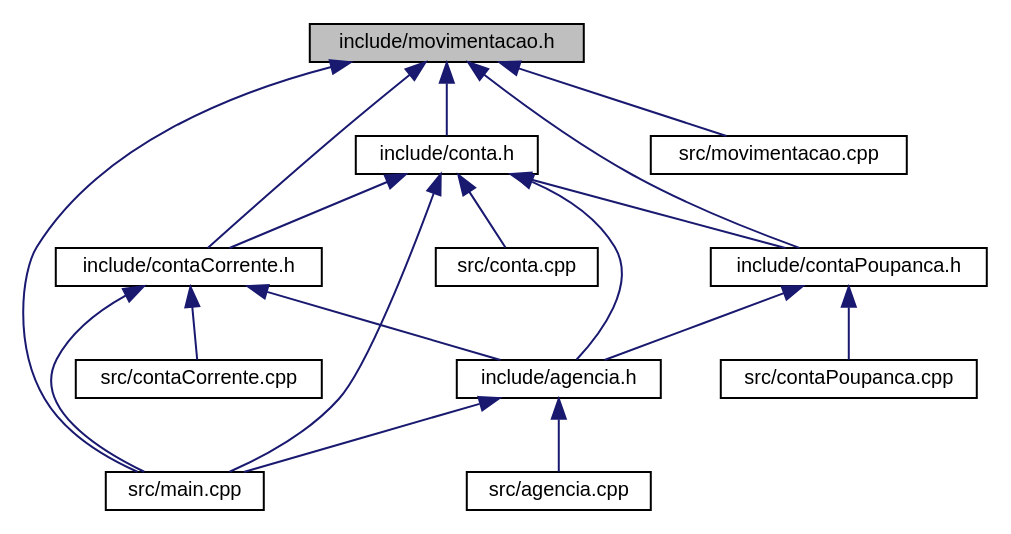
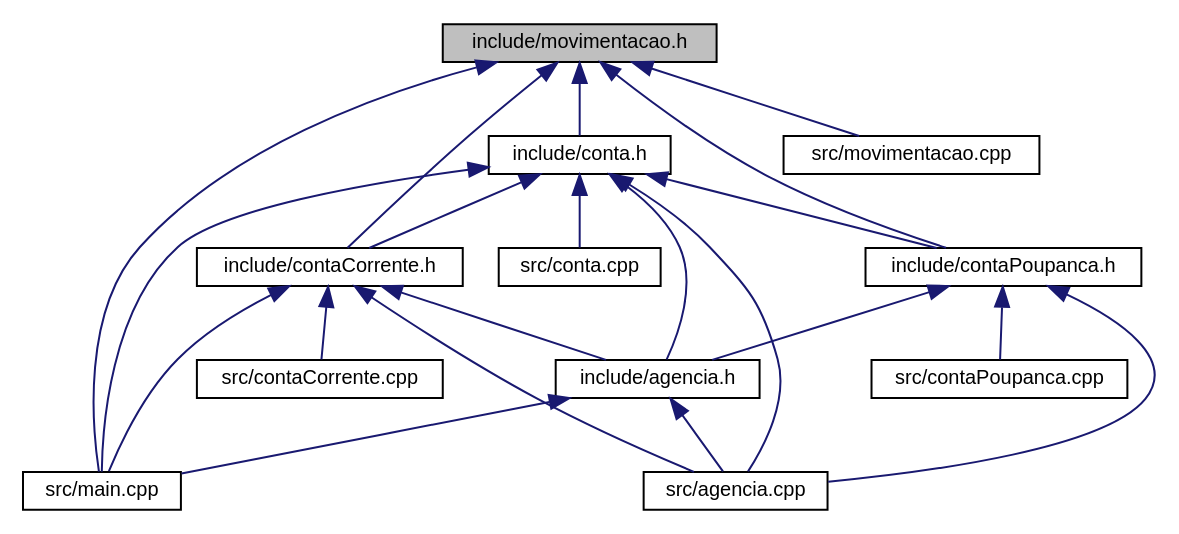
The diagram in questao3/doc/movimentacao_8h__dep__incl.dot (claudiocsjunior/laboratorio3), drawn with Graphviz before and after one commit. The commit also changed 62 other files, not shown here.

```diff
--- a/questao3/doc/movimentacao_8h__dep__incl.dot
+++ b/questao3/doc/movimentacao_8h__dep__incl.dot
@@ -1,33 +1,36 @@
 digraph "include/movimentacao.h"
 {
   edge [fontname="Helvetica",fontsize="10",labelfontname="Helvetica",labelfontsize="10"];
   node [fontname="Helvetica",fontsize="10",shape=record];
   Node1 [label="include/movimentacao.h",height=0.2,width=0.4,color="black", fillcolor="grey75", style="filled", fontcolor="black"];
   Node1 -> Node2 [dir="back",color="midnightblue",fontsize="10",style="solid",fontname="Helvetica"];
   Node2 [label="include/contaCorrente.h",height=0.2,width=0.4,color="black", fillcolor="white", style="filled",URL="$contaCorrente_8h.html",tooltip="Classe responsável por gerênciar as contas correntes. "];
   Node2 -> Node3 [dir="back",color="midnightblue",fontsize="10",style="solid",fontname="Helvetica"];
   Node3 [label="include/agencia.h",height=0.2,width=0.4,color="black", fillcolor="white", style="filled",URL="$agencia_8h.html",tooltip="Classe responsável por gerênciar todas as contas. "];
   Node3 -> Node4 [dir="back",color="midnightblue",fontsize="10",style="solid",fontname="Helvetica"];
   Node4 [label="src/agencia.cpp",height=0.2,width=0.4,color="black", fillcolor="white", style="filled",URL="$agencia_8cpp.html",tooltip="Responsável por gerênciar todas as contas. "];
   Node3 -> Node5 [dir="back",color="midnightblue",fontsize="10",style="solid",fontname="Helvetica"];
   Node5 [label="src/main.cpp",height=0.2,width=0.4,color="black", fillcolor="white", style="filled",URL="$main_8cpp.html",tooltip="Arquivo inicial. "];
+  Node2 -> Node4 [dir="back",color="midnightblue",fontsize="10",style="solid",fontname="Helvetica"];
   Node2 -> Node6 [dir="back",color="midnightblue",fontsize="10",style="solid",fontname="Helvetica"];
   Node6 [label="src/contaCorrente.cpp",height=0.2,width=0.4,color="black", fillcolor="white", style="filled",URL="$contaCorrente_8cpp.html",tooltip="Responsável por gerênciar as contas correntes. "];
   Node2 -> Node5 [dir="back",color="midnightblue",fontsize="10",style="solid",fontname="Helvetica"];
   Node1 -> Node7 [dir="back",color="midnightblue",fontsize="10",style="solid",fontname="Helvetica"];
   Node7 [label="include/conta.h",height=0.2,width=0.4,color="black", fillcolor="white", style="filled",URL="$conta_8h.html",tooltip="Classe responsável por gerênciar as contas. "];
   Node7 -> Node2 [dir="back",color="midnightblue",fontsize="10",style="solid",fontname="Helvetica"];
   Node7 -> Node8 [dir="back",color="midnightblue",fontsize="10",style="solid",fontname="Helvetica"];
   Node8 [label="include/contaPoupanca.h",height=0.2,width=0.4,color="black", fillcolor="white", style="filled",URL="$contaPoupanca_8h.html",tooltip="Classe responsável por gerênciar as contas poupança. "];
   Node8 -> Node3 [dir="back",color="midnightblue",fontsize="10",style="solid",fontname="Helvetica"];
+  Node8 -> Node4 [dir="back",color="midnightblue",fontsize="10",style="solid",fontname="Helvetica"];
   Node8 -> Node9 [dir="back",color="midnightblue",fontsize="10",style="solid",fontname="Helvetica"];
   Node9 [label="src/contaPoupanca.cpp",height=0.2,width=0.4,color="black", fillcolor="white", style="filled",URL="$contaPoupanca_8cpp.html",tooltip="Responsável por gerênciar as contas poupança. "];
   Node7 -> Node3 [dir="back",color="midnightblue",fontsize="10",style="solid",fontname="Helvetica"];
+  Node7 -> Node4 [dir="back",color="midnightblue",fontsize="10",style="solid",fontname="Helvetica"];
   Node7 -> Node10 [dir="back",color="midnightblue",fontsize="10",style="solid",fontname="Helvetica"];
   Node10 [label="src/conta.cpp",height=0.2,width=0.4,color="black", fillcolor="white", style="filled",URL="$conta_8cpp.html",tooltip="Responsável por gerênciar as contas. "];
   Node7 -> Node5 [dir="back",color="midnightblue",fontsize="10",style="solid",fontname="Helvetica"];
   Node1 -> Node8 [dir="back",color="midnightblue",fontsize="10",style="solid",fontname="Helvetica"];
   Node1 -> Node5 [dir="back",color="midnightblue",fontsize="10",style="solid",fontname="Helvetica"];
   Node1 -> Node11 [dir="back",color="midnightblue",fontsize="10",style="solid",fontname="Helvetica"];
   Node11 [label="src/movimentacao.cpp",height=0.2,width=0.4,color="black", fillcolor="white", style="filled",URL="$movimentacao_8cpp.html",tooltip="Responsável por gerênciar os movimentos por conta. "];
 }
```
